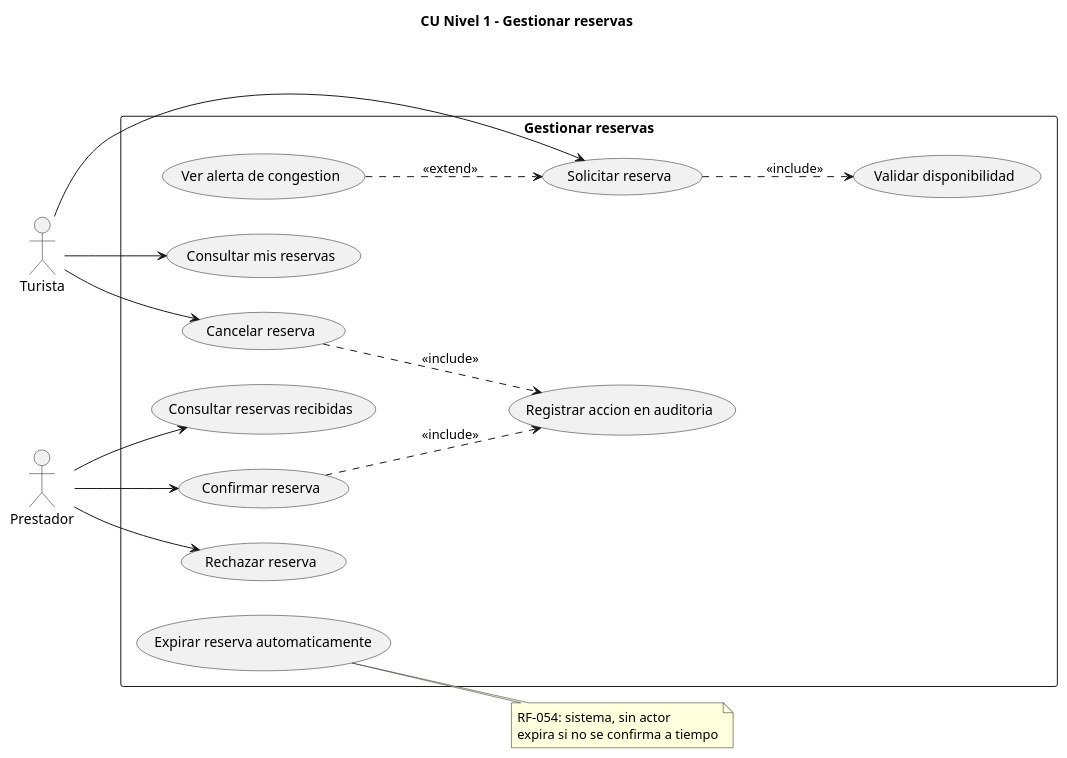
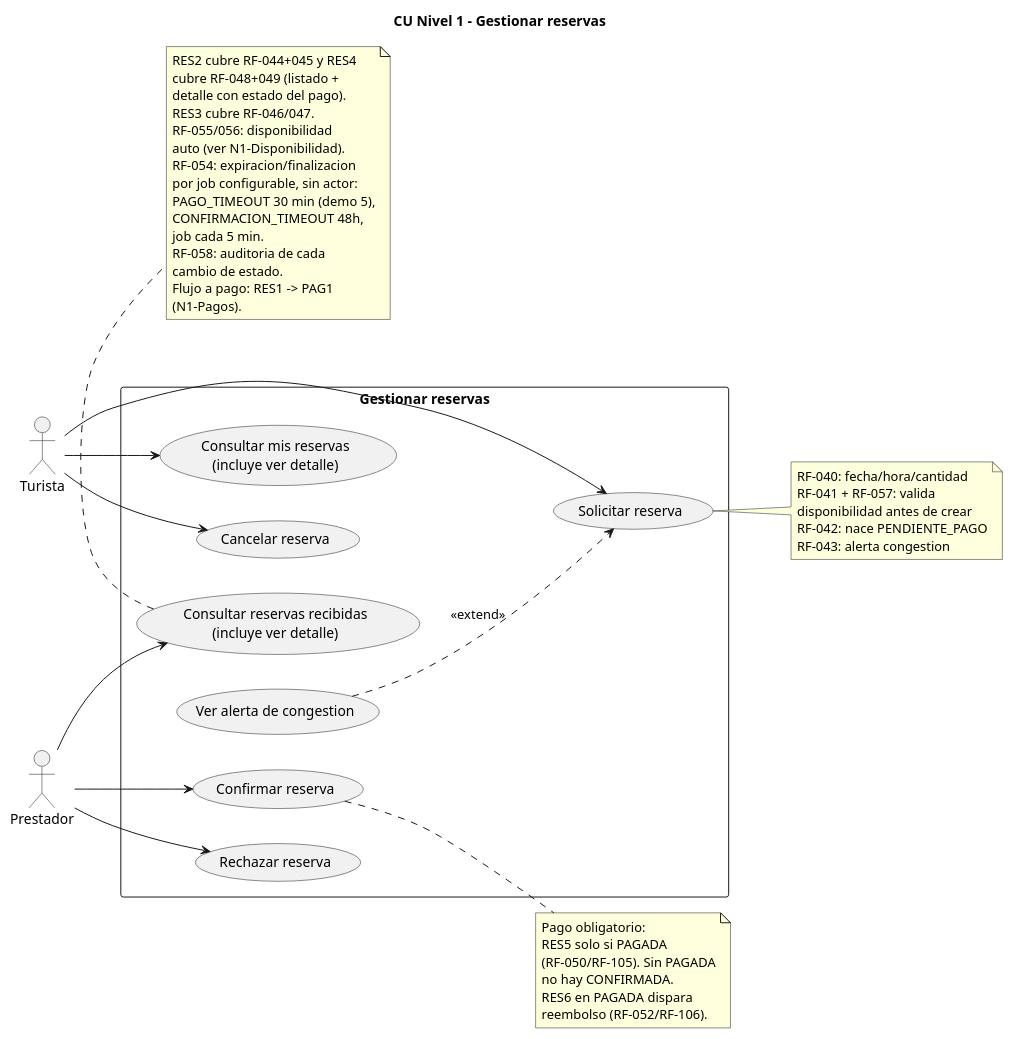
One commit to sebastianCavadia/turismo-santa-marta changed the diagram in docs/02_requisitos/puml/cu-n1-reservas.puml. Above: the diagram before and after it, drawn with PlantUML. The commit also changed 33 other files, not shown here.

```diff
--- a/docs/02_requisitos/puml/cu-n1-reservas.puml
+++ b/docs/02_requisitos/puml/cu-n1-reservas.puml
@@ -1,38 +1,67 @@
 @startuml CU-N1-Reservas
-' Nivel 1 - Expande: Gestionar reservas
+' Nivel 1 - Expande: Gestionar reservas (CU_RES)
+' Trazabilidad: RF-040..058 + RF-102..108 (pago obligatorio Wompi).
+' Pago obligatorio: sin PAGADA no hay CONFIRMADA. Auditoria en notas.
 title CU Nivel 1 - Gestionar reservas
 left to right direction
 
 actor "Turista" as TUR
 actor "Prestador" as PRE
 
+
 rectangle "Gestionar reservas" {
-  usecase "Solicitar reserva" as R1
-  usecase "Validar disponibilidad" as R2
-  usecase "Ver alerta de congestion" as R3
-  usecase "Consultar mis reservas" as R4
-  usecase "Cancelar reserva" as R5
-  usecase "Consultar reservas recibidas" as R6
-  usecase "Confirmar reserva" as R7
-  usecase "Rechazar reserva" as R8
-  usecase "Expirar reserva automaticamente" as R9
-  usecase "Registrar accion en auditoria" as R10
+  usecase "Solicitar reserva" as RES1
+  usecase "Consultar mis reservas\n(incluye ver detalle)" as RES2
+  usecase "Cancelar reserva" as RES3
+  usecase "Consultar reservas recibidas\n(incluye ver detalle)" as RES4
+  usecase "Confirmar reserva" as RES5
+  usecase "Rechazar reserva" as RES6
+  usecase "Ver alerta de congestion" as RES7
 }
 
-TUR --> R1
-TUR --> R4
-TUR --> R5
-PRE --> R6
-PRE --> R7
-PRE --> R8
+TUR --> RES1
+TUR --> RES2
+TUR --> RES3
+PRE --> RES4
+PRE --> RES5
+PRE --> RES6
 
-R1 ..> R2 : <<include>>
-R3 ..> R1 : <<extend>>
-R7 ..> R10 : <<include>>
-R5 ..> R10 : <<include>>
 
-note right of R9
-  RF-054: sistema, sin actor
-  expira si no se confirma a tiempo
+RES7 ..> RES1 : <<extend>>
+
+note right of RES1
+  RF-040: fecha/hora/cantidad
+  RF-041 + RF-057: valida
+  disponibilidad antes de crear
+  RF-042: nace PENDIENTE_PAGO
+  RF-043: alerta congestion
 end note
+
+note right of RES5
+  Pago obligatorio:
+  RES5 solo si PAGADA
+  (RF-050/RF-105). Sin PAGADA
+  no hay CONFIRMADA.
+  RES6 en PAGADA dispara
+  reembolso (RF-052/RF-106).
+end note
+
+note bottom of RES4
+  RES2 cubre RF-044+045 y RES4
+  cubre RF-048+049 (listado +
+  detalle con estado del pago).
+  RES3 cubre RF-046/047.
+  RF-055/056: disponibilidad
+  auto (ver N1-Disponibilidad).
+  RF-054: expiracion/finalizacion
+  por job configurable, sin actor:
+  PAGO_TIMEOUT 30 min (demo 5),
+  CONFIRMACION_TIMEOUT 48h,
+  job cada 5 min.
+  RF-058: auditoria de cada
+  cambio de estado.
+  Flujo a pago: RES1 -> PAG1
+  (N1-Pagos).
+end note
+
 @enduml
```
